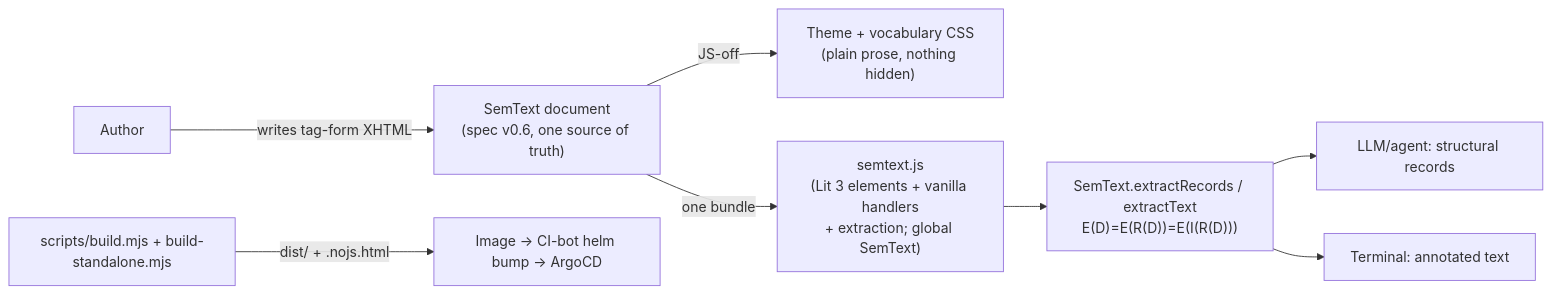
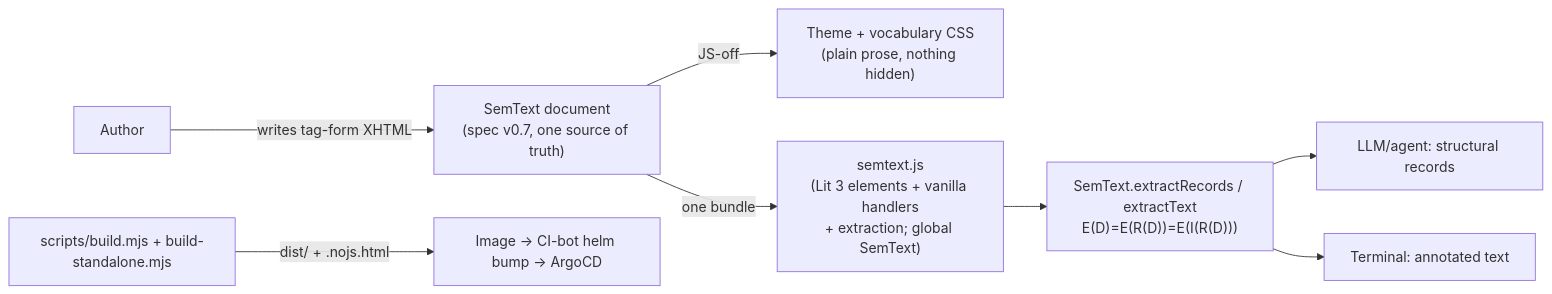
Before and after one commit to the-robot-lives/semtext.dev: the diagram in npl-enhanced-content/docs/PROJ-ARCH.md, drawn with Mermaid. The commit also changed other lines of this file and 131 other files, not shown here.

````diff
--- a/npl-enhanced-content/docs/PROJ-ARCH.md
+++ b/npl-enhanced-content/docs/PROJ-ARCH.md
@@ -21,10 +21,10 @@
 ```mermaid
 graph LR
-    A[Author] -->|writes tag-form XHTML| D["SemText document<br/>(spec v0.6, one source of truth)"]
+    A[Author] -->|writes tag-form XHTML| D["SemText document<br/>(spec v0.7, one source of truth)"]
     D -->|"JS-off"| F["Theme + vocabulary CSS<br/>(plain prose, nothing hidden)"]
     D -->|"one bundle"| S["semtext.js<br/>(Lit 3 elements + vanilla handlers<br/>+ extraction; global SemText)"]
     S --> X["SemText.extractRecords / extractText<br/>E(D)=E(R(D))=E(I(R(D)))"]
     X --> AG["LLM/agent: structural records"]
     X --> TX["Terminal: annotated text"]
     B["scripts/build.mjs + build-standalone.mjs"] -->|"dist/ + .nojs.html"| H["Image → CI-bot helm bump → ArgoCD"]
 ```
````
